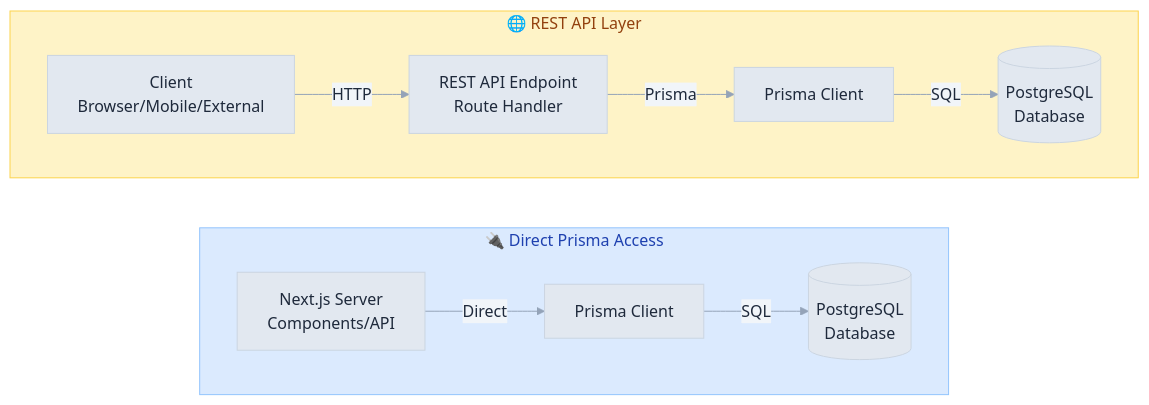
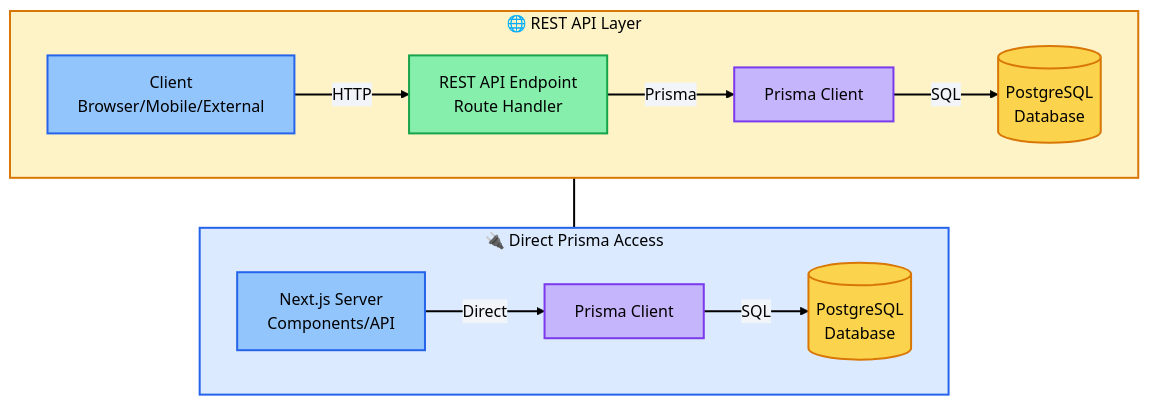
One commit to 3DHDSoft/devmultiplier-academy changed the diagram in doc/rest-api-vs-prisma-comparison.md. Above: the diagram before and after it, drawn with Mermaid. The commit also changed 17 other files, not shown here.

````diff
--- a/doc/rest-api-vs-prisma-comparison.md
+++ b/doc/rest-api-vs-prisma-comparison.md
@@ -7,37 +7,48 @@
 ```mermaid
 %%{init: {'theme': 'base', 'themeVariables': {
-  'primaryColor': '#e2e8f0',
-  'primaryTextColor': '#1e293b',
-  'primaryBorderColor': '#cbd5e1',
-  'lineColor': '#94a3b8',
-  'secondaryColor': '#f1f5f9',
-  'tertiaryColor': '#f8fafc',
+  'primaryColor': '#f8fafc',
+  'primaryTextColor': '#000000',
+  'primaryBorderColor': '#2563eb',
+  'lineColor': '#000000',
+  'secondaryColor': '#fafafa',
+  'tertiaryColor': '#f5f5f5',
   'background': '#ffffff',
-  'textColor': '#334155',
+  'textColor': '#000000',
+  'edgeLabelBackground': '#f1f5f9',
   'fontFamily': 'system-ui, -apple-system, sans-serif'
-}}}%%graph TB
+}}}%%
+graph TB
     subgraph REST["🌐 REST API Layer"]
         direction LR
         Client2["Client<br/>Browser/Mobile/External"]
         API["REST API Endpoint<br/>Route Handler"]
         PrismaLib2["Prisma Client"]
         DB2[("PostgreSQL<br/>Database")]
         Client2 -->|HTTP| API
         API -->|Prisma| PrismaLib2
         PrismaLib2 -->|SQL| DB2
     end
 
     subgraph Prisma["🔌 Direct Prisma Access"]
         direction LR
         Client["Next.js Server<br/>Components/API"]
         PrismaLib["Prisma Client"]
         DB1[("PostgreSQL<br/>Database")]
         Client -->|Direct| PrismaLib
         PrismaLib -->|SQL| DB1
     end
 
     REST ~~~ Prisma
 
-    style REST fill:#fef3c7,stroke:#fcd34d,color:#92400e
-    style Prisma fill:#dbeafe,stroke:#93c5fd,color:#1e40af
+    style REST fill:#fef3c7,stroke:#d97706,stroke-width:2px,color:#000000
+    style Prisma fill:#dbeafe,stroke:#2563eb,stroke-width:2px,color:#000000
+    style Client2 fill:#93c5fd,stroke:#2563eb,color:#000000,stroke-width:2px
+    style API fill:#86efac,stroke:#16a34a,color:#000000,stroke-width:2px
+    style PrismaLib2 fill:#c4b5fd,stroke:#7c3aed,color:#000000,stroke-width:2px
+    style DB2 fill:#fcd34d,stroke:#d97706,color:#000000,stroke-width:2px
+    style Client fill:#93c5fd,stroke:#2563eb,color:#000000,stroke-width:2px
+    style PrismaLib fill:#c4b5fd,stroke:#7c3aed,color:#000000,stroke-width:2px
+    style DB1 fill:#fcd34d,stroke:#d97706,color:#000000,stroke-width:2px
+
+    linkStyle default stroke:#000000,stroke-width:2px
 ```
````
